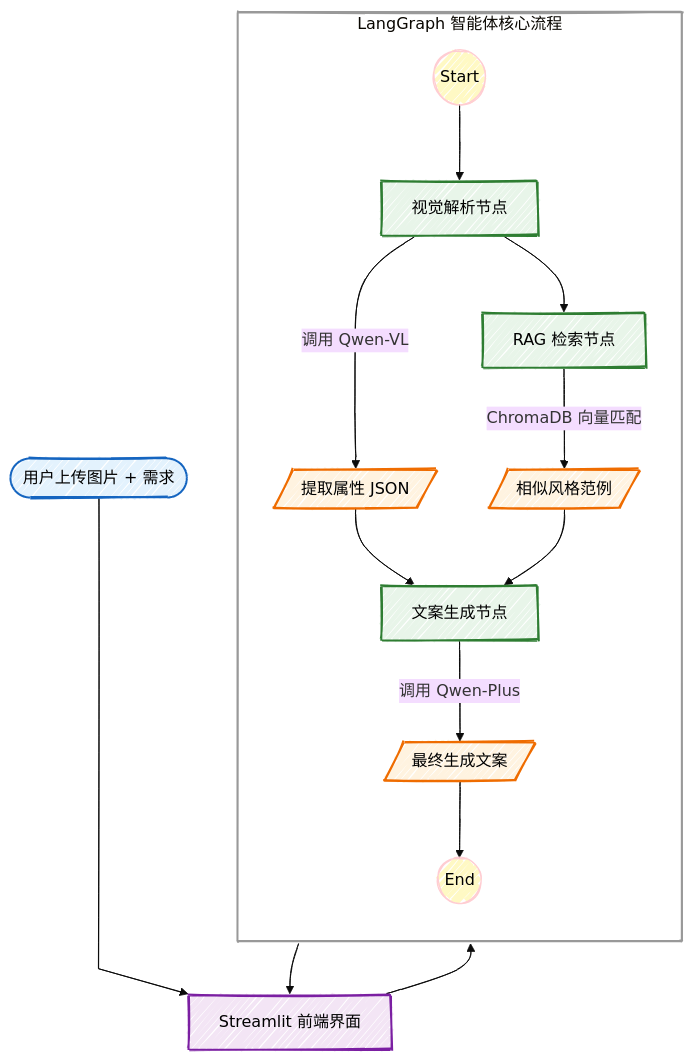
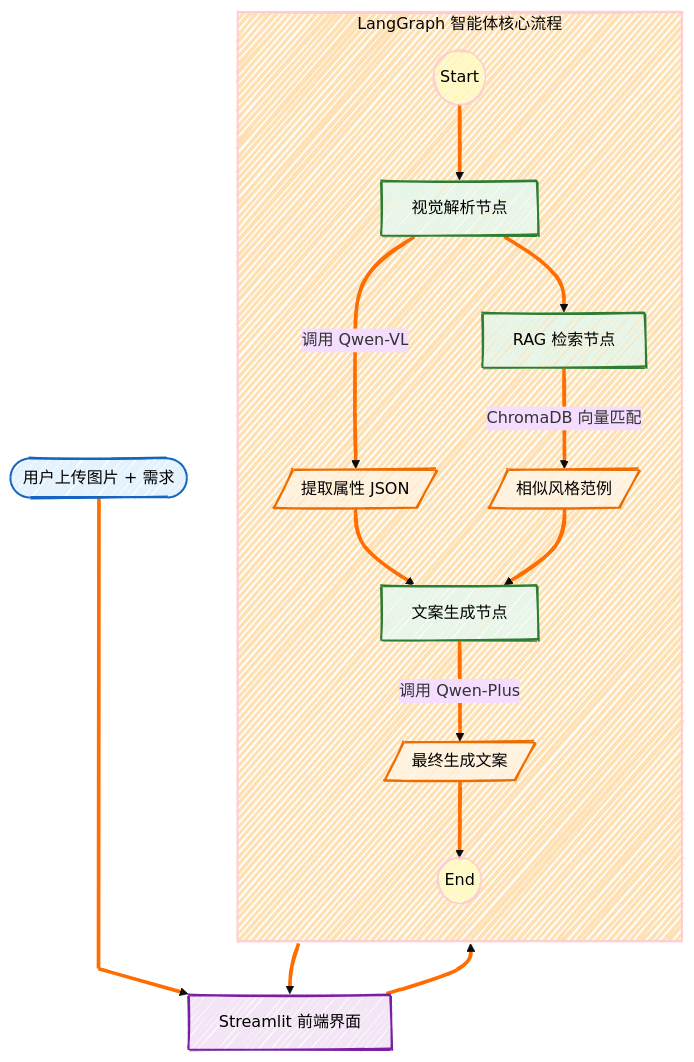
Before and after one commit to Daphne502/E-ComMate: the diagram in README.md, drawn with Mermaid. The commit also changed other lines of this file, not shown here.

````diff
--- a/README.md
+++ b/README.md
@@ -37,53 +39,64 @@
 ```mermaid
 ---
 config:
   layout: dagre
   theme: base
   look: handDrawn
 ---
 flowchart TB
  subgraph AgentScope["LangGraph 智能体核心流程"]
     direction TB
         Start(("Start"))
         Vision["视觉解析节点"]
         Retrieve["RAG 检索节点"]
         Generate["文案生成节点"]
         Attributes[/"提取属性 JSON"/]
         Examples[/"相似风格范例"/]
         FinalCopy[/"最终生成文案"/]
         End(("End"))
   end
-    User(["用户上传图片 + 需求"]) L_User_UI_0@--> UI["Streamlit 前端界面"]
-    UI --> Start
-    Start --> Vision
-    Vision -- "调用 Qwen-VL" --> Attributes
-    Vision --> Retrieve
-    Retrieve -- ChromaDB 向量匹配 --> Examples
-    Attributes --> Generate
-    Examples --> Generate
-    Generate -- "调用 Qwen-Plus" --> FinalCopy
-    FinalCopy --> End
-    End --> UI
+    User(["用户上传图片 + 需求"]) L_User_UI_0@==> UI["Streamlit 前端界面"]
+    UI ==> Start
+    Start ==> Vision
+    Vision == "调用 Qwen-VL" ==> Attributes
+    Vision ==> Retrieve
+    Retrieve == ChromaDB 向量匹配 ==> Examples
+    Attributes ==> Generate
+    Examples ==> Generate
+    Generate == "调用 Qwen-Plus" ==> FinalCopy
+    FinalCopy ==> End
+    End ==> UI
 
      End:::term
      FinalCopy:::data
      Examples:::data
      Attributes:::data
      Generate:::process
      Retrieve:::process
      Vision:::process
      Start:::term
      User:::user
      UI:::ui
     classDef user fill:#e3f2fd,stroke:#1565c0,stroke-width:2px,color:#000
     classDef ui fill:#f3e5f5,stroke:#7b1fa2,stroke-width:2px,color:#000
     classDef agent fill:#fff,stroke:#333,stroke-width:1px,stroke-dasharray: 5 5
     classDef process fill:#e8f5e9,stroke:#2e7d32,stroke-width:2px,color:#000
     classDef data fill:#fff3e0,stroke:#ef6c00,stroke-width:2px,color:#000,shape:parallelogram
     classDef term fill:#000,stroke:#000,color:#fff
     style End stroke:#FFCDD2,fill:#FFF9C4,color:#000000
     style Start fill:#FFF9C4,color:#000000,stroke:#FFCDD2
-    style AgentScope fill:transparent,stroke:#999,stroke-width:2px
+    style AgentScope fill:#FFE0B2,stroke:#FFCDD2,stroke-width:2px
+    linkStyle 0 stroke:#FF6D00,fill:none
+    linkStyle 1 stroke:#FF6D00,fill:none
+    linkStyle 2 stroke:#FF6D00,fill:none
+    linkStyle 3 stroke:#FF6D00,fill:none
+    linkStyle 4 stroke:#FF6D00,fill:none
+    linkStyle 5 stroke:#FF6D00,fill:none
+    linkStyle 6 stroke:#FF6D00,fill:none
+    linkStyle 7 stroke:#FF6D00,fill:none
+    linkStyle 8 stroke:#FF6D00,fill:none
+    linkStyle 9 stroke:#FF6D00,fill:none
+    linkStyle 10 stroke:#FF6D00,fill:none
 
     L_User_UI_0@{ curve: linear }
 ```
````
